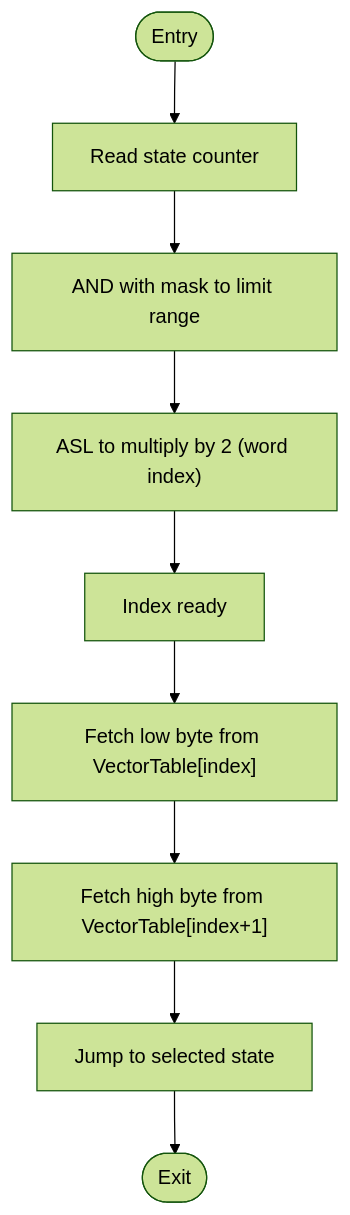
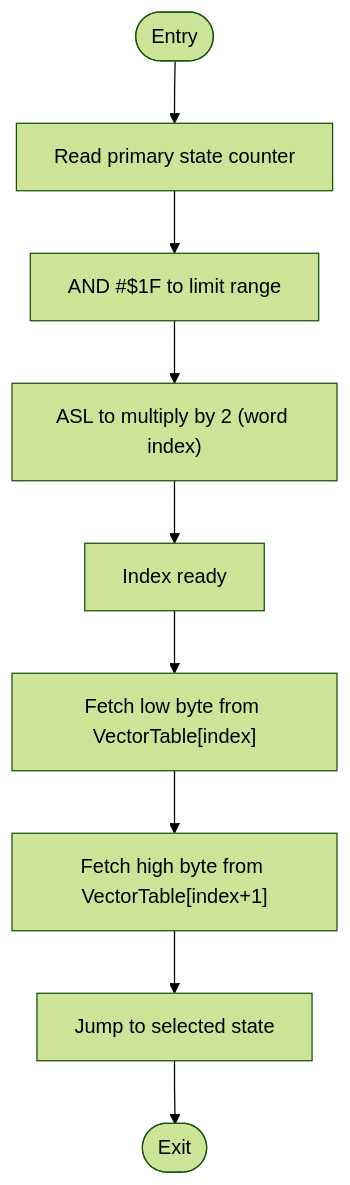
Before and after one commit to rabbyzero/sango2dasm: the third of 6 diagrams in .qoder/repowiki/en/content/Game State Management/State Machine Architecture/State Machine Architecture.md, drawn with Mermaid (forest theme). The commit also changed other lines of this file and 12 other files, not shown here.

````diff
--- a/.qoder/repowiki/en/content/Game State Management/State Machine Architecture/State Machine Architecture.md
+++ b/.qoder/repowiki/en/content/Game State Management/State Machine Architecture/State Machine Architecture.md
@@ -120,11 +170,11 @@
 ```mermaid
 flowchart TD
-Start(["Entry"]) --> ReadState["Read state counter"]
-ReadState --> Mask["AND with mask to limit range"]
+Start(["Entry"]) --> ReadState["Read primary state counter"]
+ReadState --> Mask["AND #$1F to limit range"]
 Mask --> Shift["ASL to multiply by 2 (word index)"]
 Shift --> Index["Index ready"]
 Index --> FetchLow["Fetch low byte from VectorTable[index]"]
 FetchLow --> FetchHigh["Fetch high byte from VectorTable[index+1]"]
 FetchHigh --> Jump["Jump to selected state"]
 Jump --> End(["Exit"])
 ```
````
